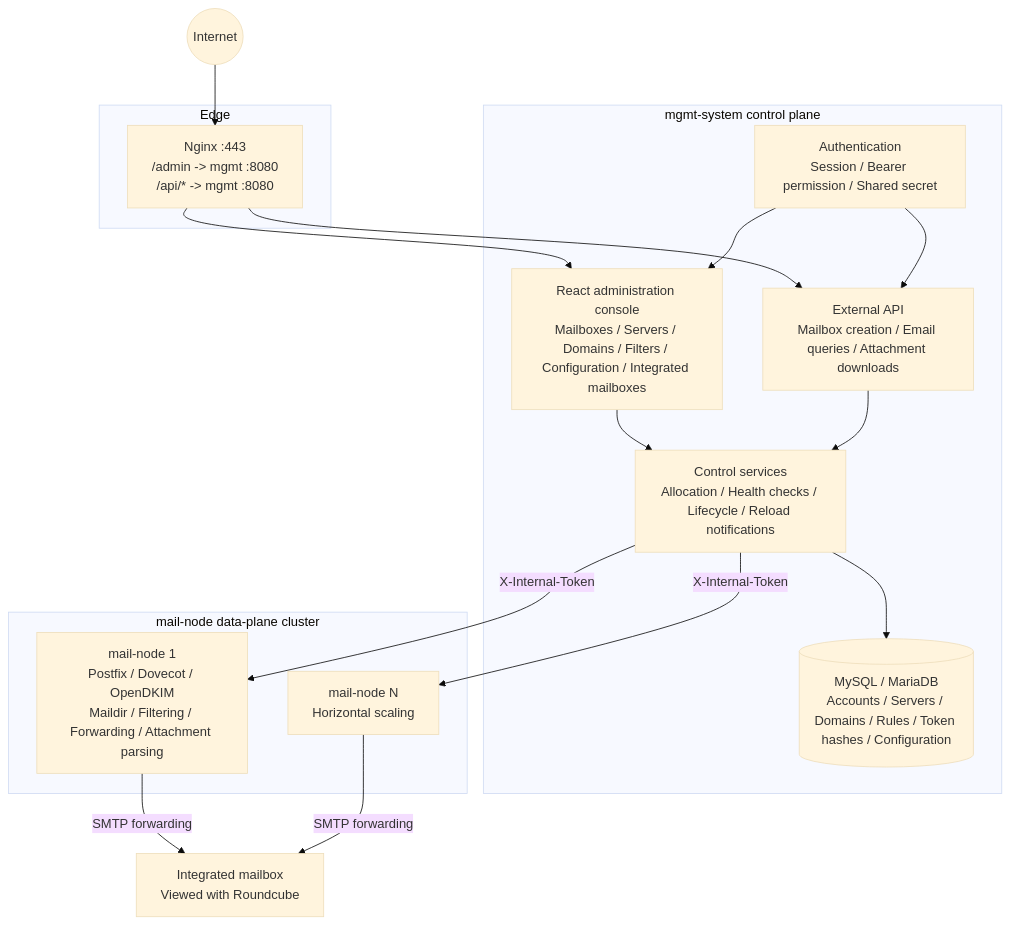
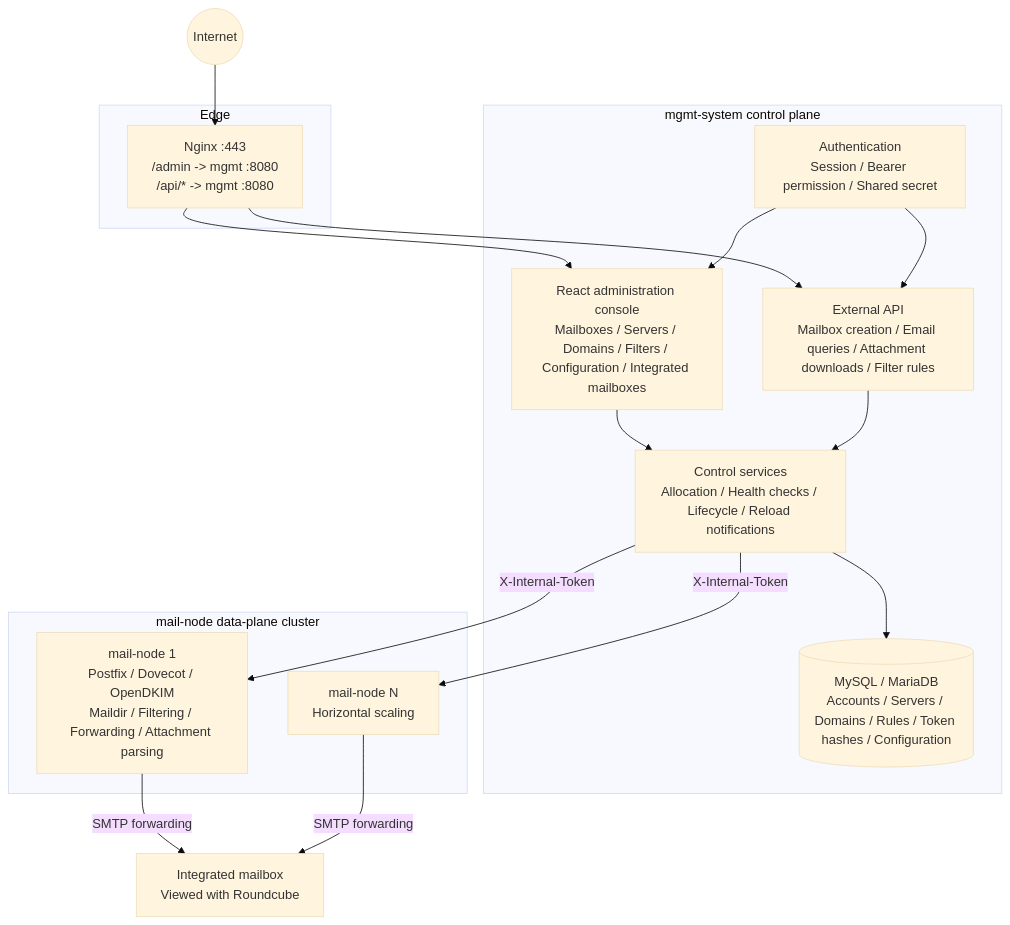
One commit to snowflake-yezi/MailHub changed the diagram in README.en.md. Above: the diagram before and after it, drawn with Mermaid (base theme). The commit also changed other lines of this file and 14 other files, not shown here.

````diff
--- a/README.en.md
+++ b/README.en.md
@@ -61,36 +61,36 @@
 ```mermaid
 flowchart TB
     internet((Internet))
 
     subgraph edge["Edge"]
         nginx["Nginx :443<br/>/admin -> mgmt :8080<br/>/api/* -> mgmt :8080"]
     end
 
     subgraph mgmt["mgmt-system control plane"]
         web["React administration console<br/>Mailboxes / Servers / Domains / Filters / Configuration / Integrated mailboxes"]
-        api["External API<br/>Mailbox creation / Email queries / Attachment downloads"]
+        api["External API<br/>Mailbox creation / Email queries / Attachment downloads / Filter rules"]
         control["Control services<br/>Allocation / Health checks / Lifecycle / Reload notifications"]
         auth["Authentication<br/>Session / Bearer permission / Shared secret"]
         db[("MySQL / MariaDB<br/>Accounts / Servers / Domains / Rules / Token hashes / Configuration")]
     end
 
     subgraph nodes["mail-node data-plane cluster"]
         node1["mail-node 1<br/>Postfix / Dovecot / OpenDKIM<br/>Maildir / Filtering / Forwarding / Attachment parsing"]
         nodeN["mail-node N<br/>Horizontal scaling"]
     end
 
     union["Integrated mailbox<br/>Viewed with Roundcube"]
 
     internet --> nginx
     nginx --> web
     nginx --> api
     web --> control
     api --> control
     auth --> web
     auth --> api
     control --> db
     control -->|"X-Internal-Token"| node1
     control -->|"X-Internal-Token"| nodeN
     node1 -->|"SMTP forwarding"| union
     nodeN -->|"SMTP forwarding"| union
 ```
````
